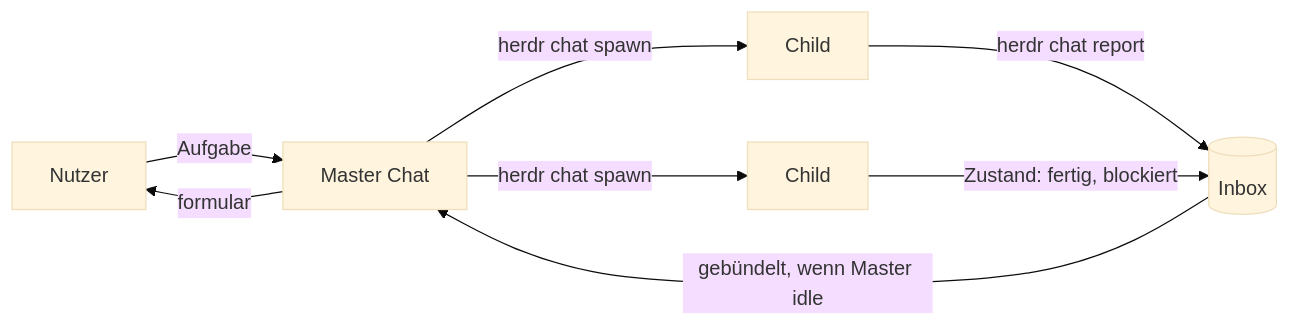
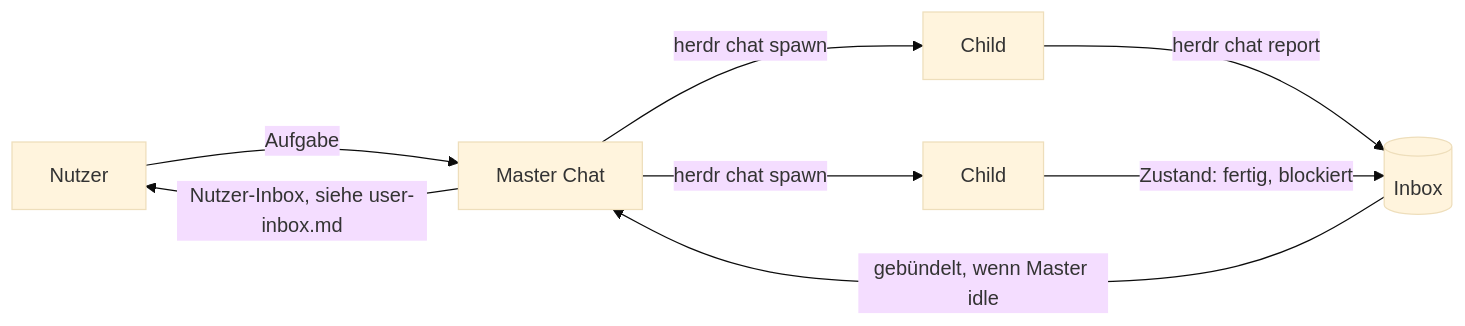
One commit to cellexec/collie changed the diagram in docs/specs/master-chat.md. Above: the diagram before and after it, drawn with Mermaid (base theme). The commit also changed 38 other files, not shown here.

First line of the commit message:
feat: add a user inbox to master chats

````diff
--- a/docs/specs/master-chat.md
+++ b/docs/specs/master-chat.md
@@ -10,10 +10,10 @@
 ```mermaid
 flowchart LR
   U[Nutzer] -- Aufgabe --> M[Master Chat]
   M -- herdr chat spawn --> C1[Child]
   M -- herdr chat spawn --> C2[Child]
   C1 -- herdr chat report --> I[(Inbox)]
   C2 -- Zustand: fertig, blockiert --> I
   I -- gebündelt, wenn Master idle --> M
-  M -- formular --> U
+  M -- Nutzer-Inbox, siehe user-inbox.md --> U
 ```
````
